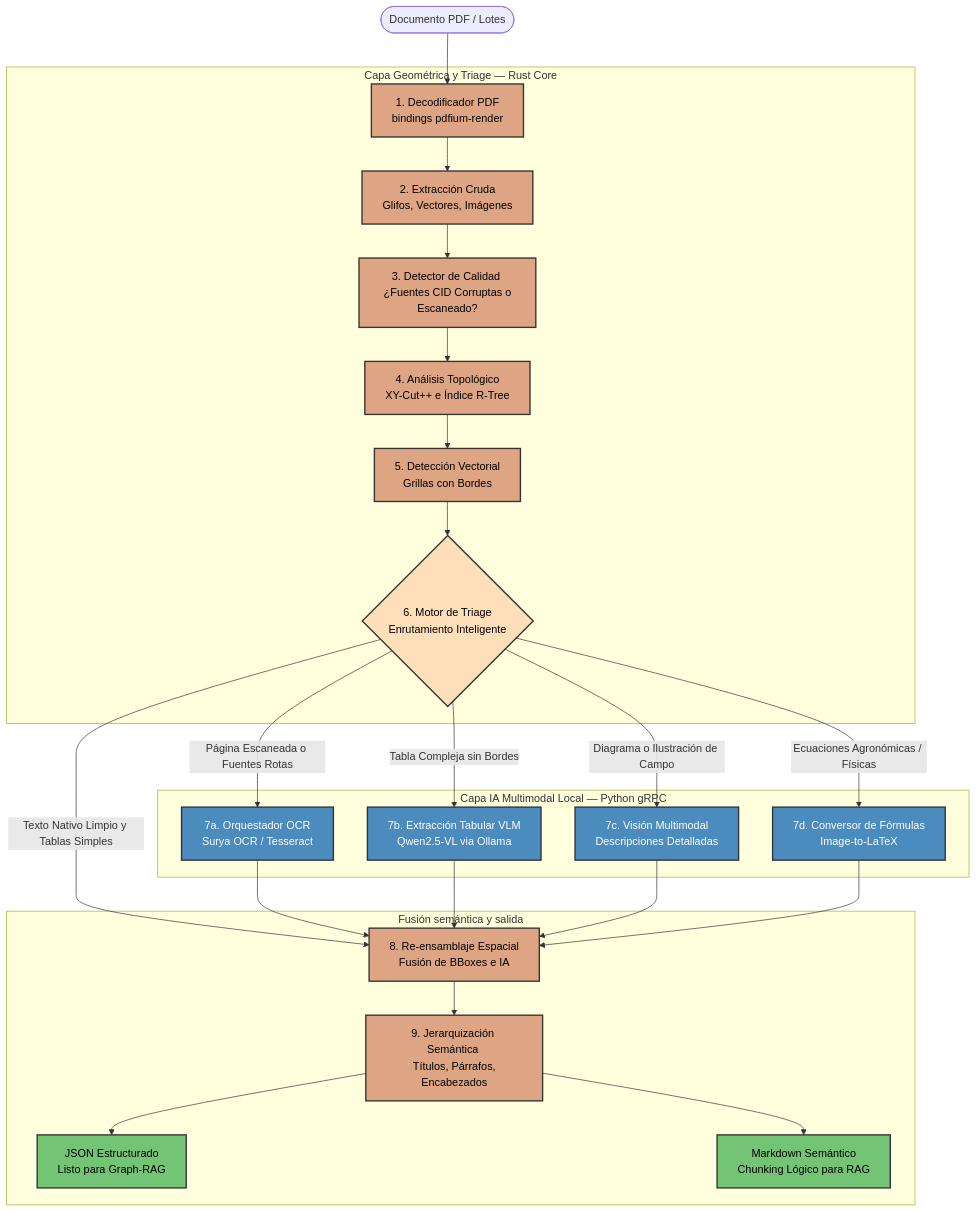
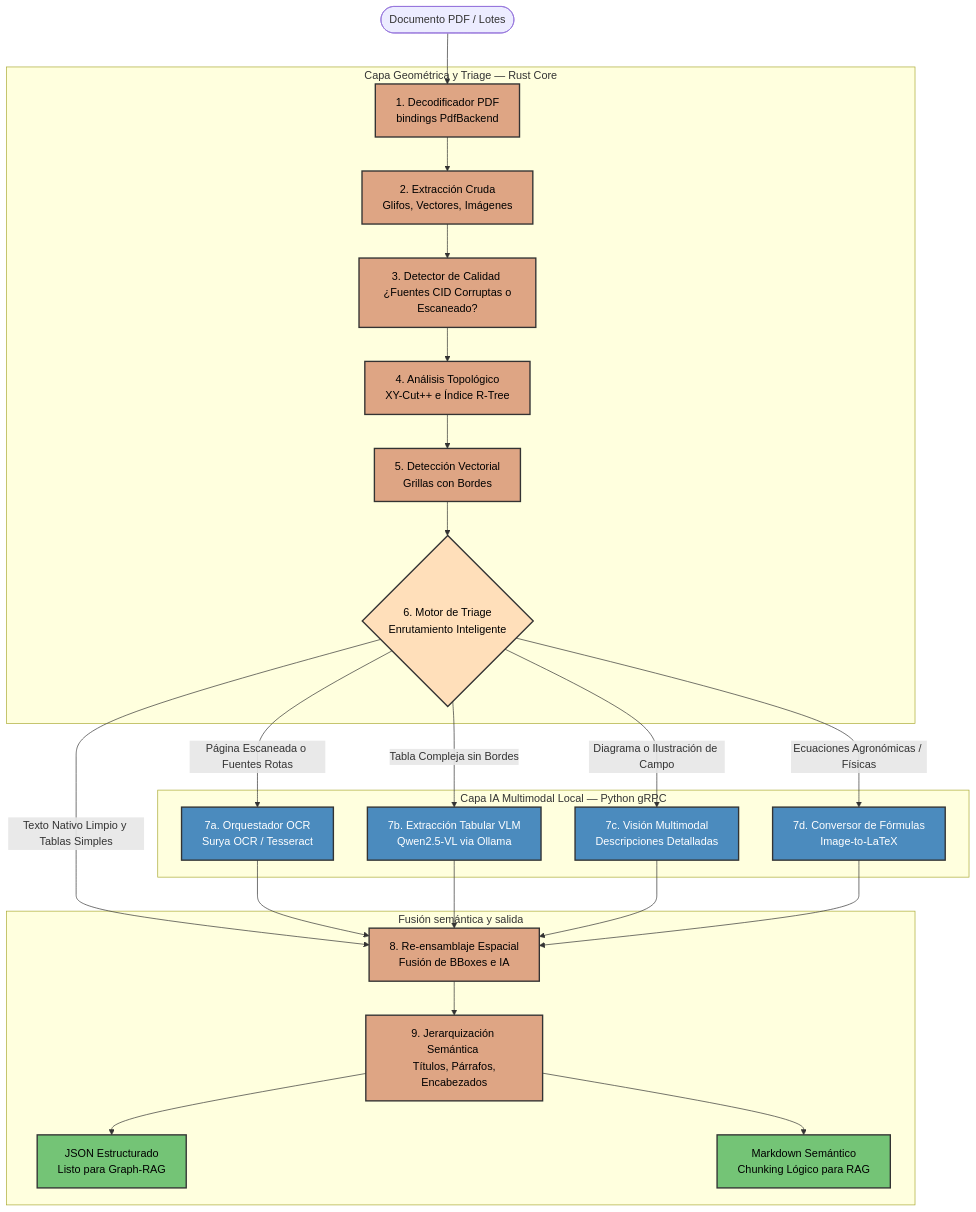
The second of 2 diagrams in README.md (AlexPrietoRomani/strata-reader), drawn with Mermaid before and after one commit. The commit also changed other lines of this file and 8 other files, not shown here.

````diff
--- a/README.md
+++ b/README.md
@@ -95,40 +163,40 @@
 ```mermaid
 graph TD
     classDef rust fill:#dea584,stroke:#333,stroke-width:2px,color:#000;
     classDef python fill:#4b8bbe,stroke:#333,stroke-width:2px,color:#fff;
     classDef decision fill:#ffdfba,stroke:#333,stroke-width:2px,color:#000;
     classDef output fill:#74c476,stroke:#333,stroke-width:2px,color:#000;
     classDef file fill:#f9f9f9,stroke:#333,stroke-width:2px;
 
     Doc([Documento PDF / Lotes]) --> Ingesta
     
     subgraph RUST_CORE [Capa Geométrica y Triage — Rust Core]
-        Ingesta[1. Decodificador PDF \n bindings pdfium-render]:::rust
+        Ingesta[1. Decodificador PDF \n bindings PdfBackend]:::rust
         Ingesta --> Raw[2. Extracción Cruda \n Glifos, Vectores, Imágenes]:::rust
         Raw --> Quality[3. Detector de Calidad \n ¿Fuentes CID Corruptas o Escaneado?]:::rust
         Quality --> Topology[4. Análisis Topológico \n XY-Cut++ e Índice R-Tree]:::rust
         Topology --> StandardTables[5. Detección Vectorial \n Grillas con Bordes]:::rust
         StandardTables --> Triage{6. Motor de Triage \n Enrutamiento Inteligente}:::decision
     end
 
     subgraph PYTHON_IA [Capa IA Multimodal Local — Python gRPC]
         Triage -- "Página Escaneada o Fuentes Rotas" --> OCR[7a. Orquestador OCR \n Surya OCR / Tesseract]:::python
         Triage -- "Tabla Compleja sin Bordes" --> VLMTable[7b. Extracción Tabular VLM \n Qwen2.5-VL via Ollama]:::python
         Triage -- "Diagrama o Ilustración de Campo" --> VLMImage[7c. Visión Multimodal \n Descripciones Detalladas]:::python
         Triage -- "Ecuaciones Agronómicas / Físicas" --> VLMEq[7d. Conversor de Fórmulas \n Image-to-LaTeX]:::python
     end
 
     Triage -- "Texto Nativo Limpio y Tablas Simples" --> Fusion
     
     OCR --> Fusion
     VLMTable --> Fusion
     VLMImage --> Fusion
     VLMEq --> Fusion
 
     subgraph ENSAMBLAJE [Fusión semántica y salida]
         Fusion[8. Re-ensamblaje Espacial \n Fusión de BBoxes e IA]:::rust
         Fusion --> Structuring[9. Jerarquización Semántica \n Títulos, Párrafos, Encabezados]:::rust
         Structuring --> OutJSON[JSON Estructurado \n Listo para Graph-RAG]:::output
         Structuring --> OutMD[Markdown Semántico \n Chunking Lógico para RAG]:::output
     end
 ```
````
